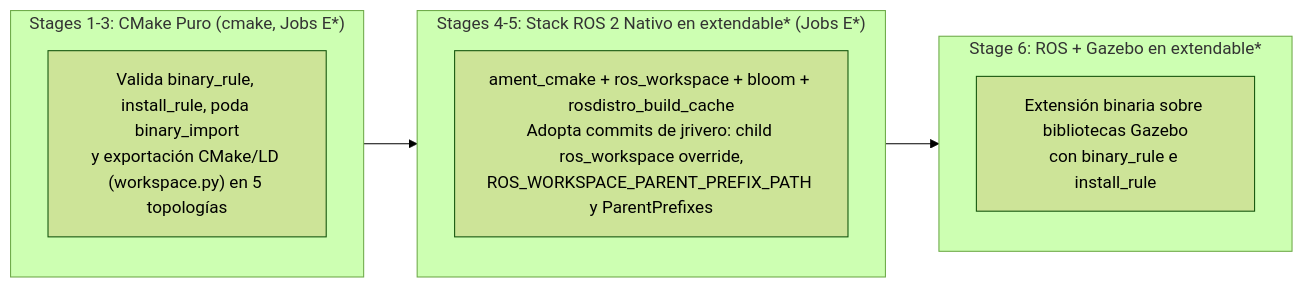
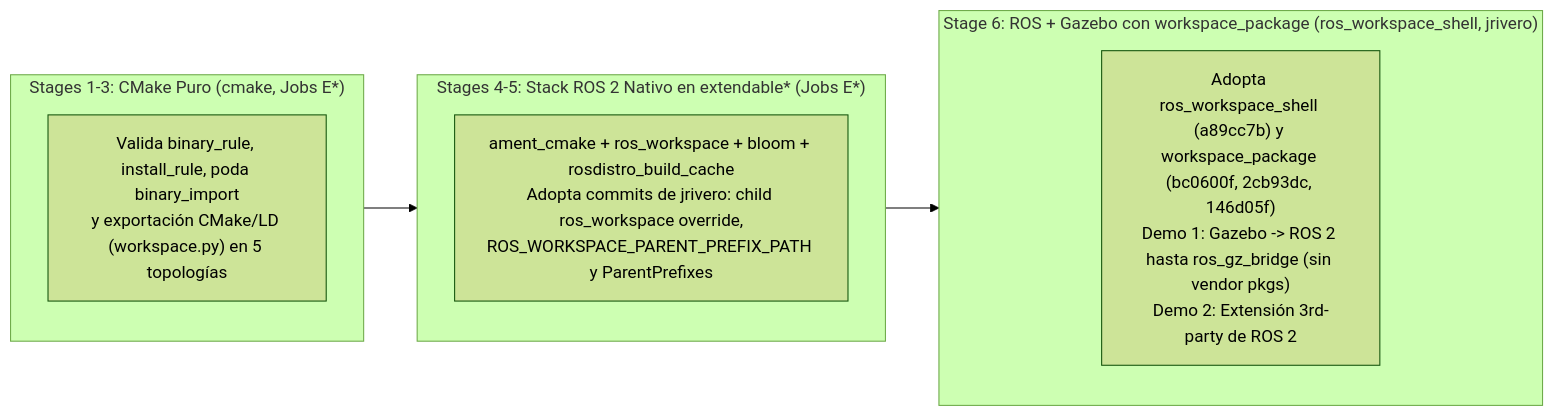
The diagram in EXECUTION_EXTENDABLE.md (KmoM88/rep159-testing), drawn with Mermaid (forest theme) before and after one commit. The commit also changed other lines of this file and 8 other files, not shown here.

Commit message:
feat(stage6): adopt workspace_package (ros_workspace_shell), add rosdistro-reviewer EOL check, and add tools/ stage runner

````diff
--- a/EXECUTION_EXTENDABLE.md
+++ b/EXECUTION_EXTENDABLE.md
@@ -15,16 +16,16 @@
 ```mermaid
 flowchart LR
     subgraph PureCMake ["Stages 1-3: CMake Puro (<build_type>cmake</build_type>, Jobs E*)"]
         E["Valida binary_rule, install_rule, poda binary_import<br/>y exportación CMake/LD (workspace.py) en 5 topologías"]
     end
 
     subgraph RosWorkspace ["Stages 4-5: Stack ROS 2 Nativo en extendable* (Jobs E*)"]
         C["ament_cmake + ros_workspace + bloom + rosdistro_build_cache<br/>Adopta commits de jrivero: child ros_workspace override,<br/>ROS_WORKSPACE_PARENT_PREFIX_PATH y ParentPrefixes"]
     end
 
-    subgraph RosGazebo ["Stage 6: ROS + Gazebo en extendable*"]
-        G["Extensión binaria sobre bibliotecas Gazebo<br/>con binary_rule e install_rule"]
+    subgraph RosGazebo ["Stage 6: ROS + Gazebo con workspace_package (ros_workspace_shell, jrivero)"]
+        G["Adopta ros_workspace_shell (a89cc7b) y workspace_package (bc0600f, 2cb93dc, 146d05f)<br/>Demo 1: Gazebo -> ROS 2 hasta ros_gz_bridge (sin vendor pkgs)<br/>Demo 2: Extensión 3rd-party de ROS 2"]
     end
 
     PureCMake --> RosWorkspace --> RosGazebo
 ```
````
